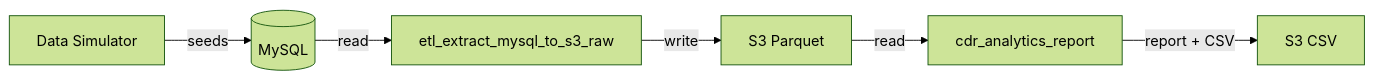
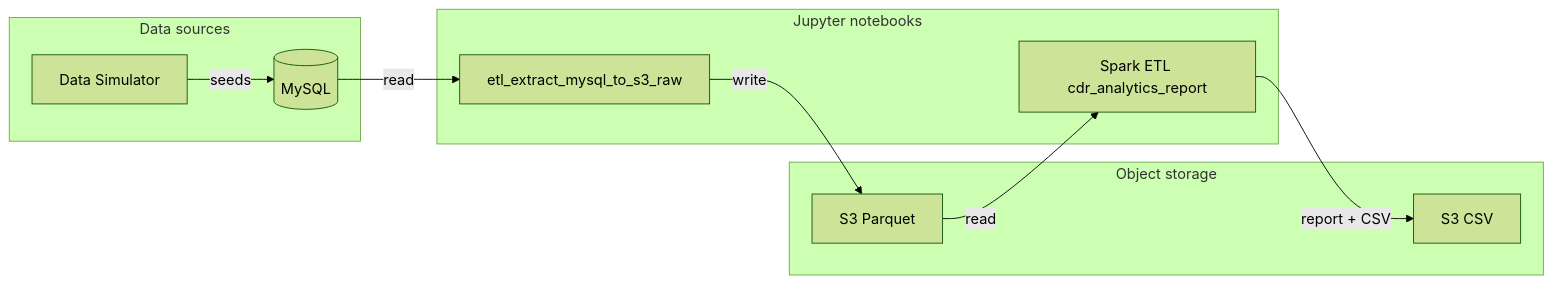
The diagram in README.md (mabehiro/spark-etl-ods-demo), drawn with Mermaid (forest theme) before and after one commit.

````diff
--- a/README.md
+++ b/README.md
@@ -12,8 +12,21 @@
 ```mermaid
 flowchart LR
-  DataSimulator[Data Simulator] -->|seeds| MySQL[(MySQL)]
-  MySQL -->|read| ExtractNb[etl_extract_mysql_to_s3_raw]
-  ExtractNb -->|write| S3Parquet[S3 Parquet]
-  S3Parquet -->|read| AnalyticsNb[cdr_analytics_report]
-  AnalyticsNb -->|report + CSV| S3CSV[S3 CSV]
+  subgraph sources [Data sources]
+    DataSimulator[Data Simulator]
+    MySQL[(MySQL)]
+  end
+  subgraph storage [Object storage]
+    S3Parquet[S3 Parquet]
+    S3CSV[S3 CSV]
+  end
+  subgraph notebooks [Jupyter notebooks]
+    ExtractNb[etl_extract_mysql_to_s3_raw]
+    AnalyticsNb[Spark ETL cdr_analytics_report]
+  end
+
+  DataSimulator -->|seeds| MySQL
+  MySQL -->|read| ExtractNb
+  ExtractNb -->|write| S3Parquet
+  S3Parquet -->|read| AnalyticsNb
+  AnalyticsNb -->|report + CSV| S3CSV
 ```
````
